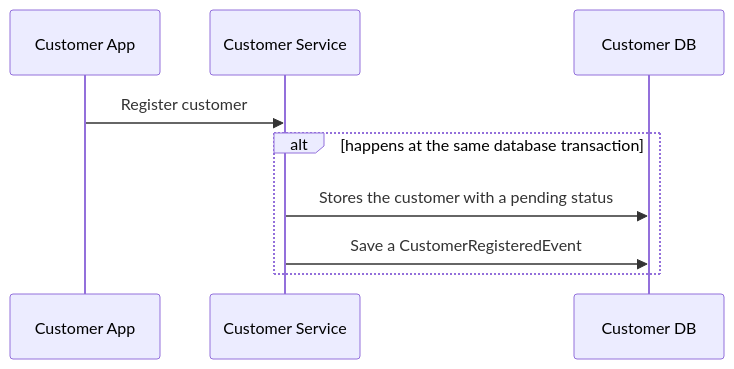
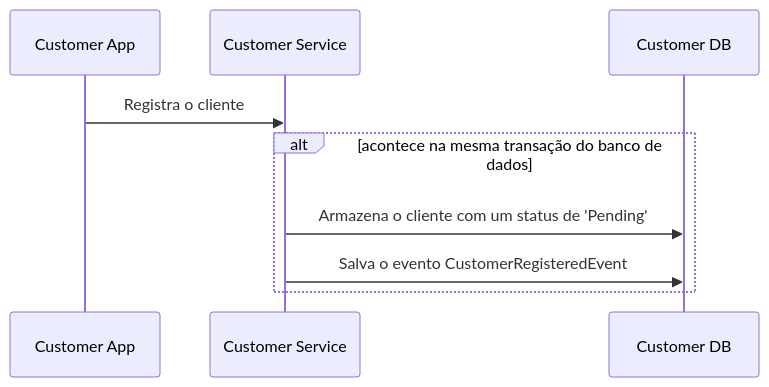
Before and after one commit to hehehenri/money-transaction-system: the first of 2 diagrams in README.md, drawn with Mermaid. The commit also changed other lines of this file and 194 other files, not shown here.

````diff
--- a/README.md
+++ b/README.md
@@ -7,8 +7,8 @@
 ```mermaid
 sequenceDiagram
-Customer App->>Customer Service: Register customer
-alt happens at the same database transaction
-Customer Service->>Customer DB: Stores the customer with a pending status
-Customer Service->>Customer DB: Save a CustomerRegisteredEvent
+Customer App->>Customer Service: Registra o cliente
+alt acontece na mesma transação do banco de dados
+Customer Service->>Customer DB: Armazena o cliente com um status de 'Pending'
+Customer Service->>Customer DB: Salva o evento CustomerRegisteredEvent
 end
 ```
````
